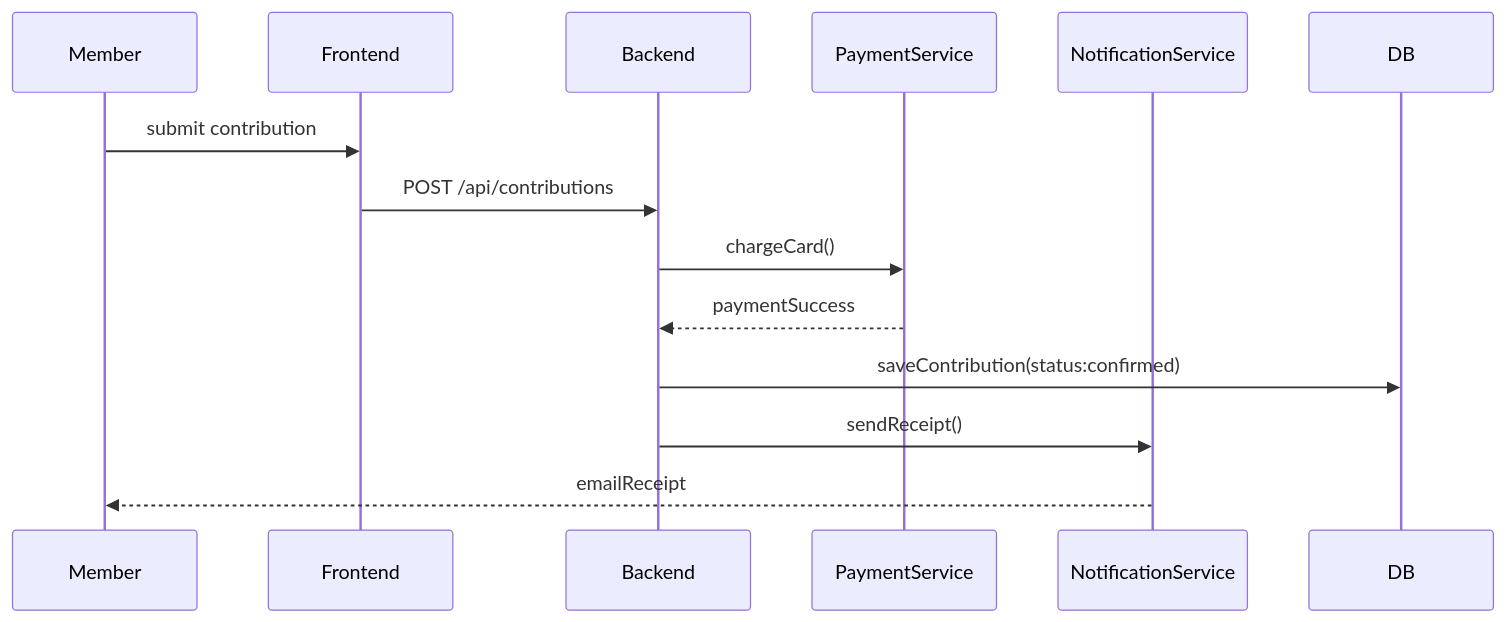
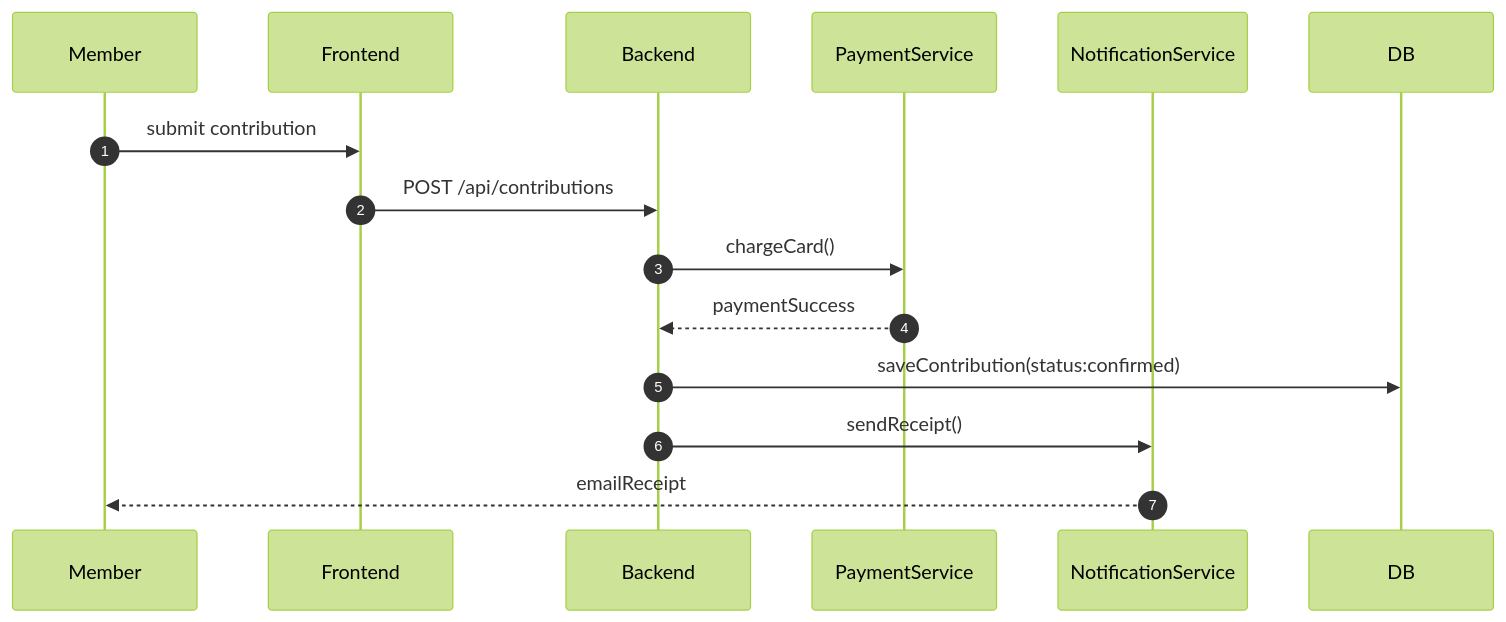
The fifth of 6 diagrams in docs/uml/diagrams.md (ghislainche-ngc/Digital-Njangi-Platform), drawn with Mermaid before and after one commit. The commit also changed other lines of this file and 14 other files, not shown here.

````diff
--- a/docs/uml/diagrams.md
+++ b/docs/uml/diagrams.md
@@ -113,16 +109,18 @@
 ```mermaid
+%%{init: {'theme':'forest', 'themeVariables': {'primaryColor':'#f7f3f2','edgeLabelBackground':'#ffffff','tertiaryColor':'#d9c7c2'}}}%%
 sequenceDiagram
+    autonumber
     participant U as Member
     participant FE as Frontend
     participant BE as Backend
     participant Payment as PaymentService
     participant Notif as NotificationService
 
     U->>FE: submit contribution
     FE->>BE: POST /api/contributions
     BE->>Payment: chargeCard()
     Payment-->>BE: paymentSuccess
     BE->>DB: saveContribution(status:confirmed)
     BE->>Notif: sendReceipt()
     Notif-->>U: emailReceipt
 ```
````
